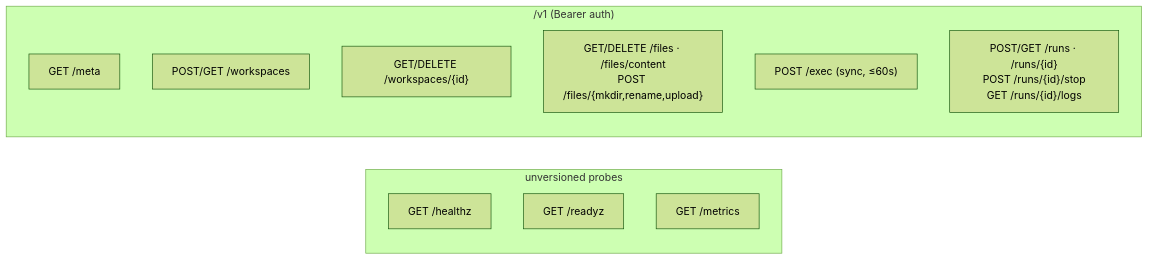
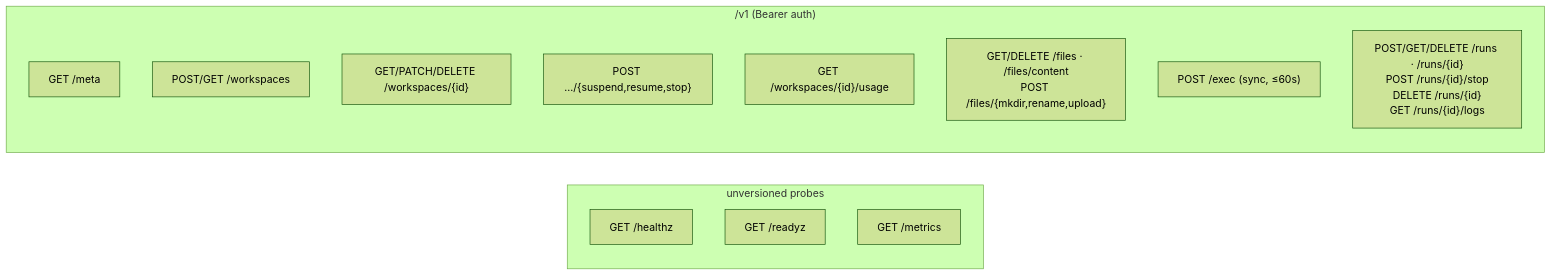
Before and after one commit to M3-mo2/cloud-service: diagram 12 of 14 in docs/ARCHITECTURE.md, drawn with Mermaid (forest theme). The commit also changed other lines of this file and 25 other files, not shown here.

First line of the commit message:
feat(workspaces): runtime-mutable settings, lifecycle, run supervision and usage

````diff
--- a/docs/ARCHITECTURE.md
+++ b/docs/ARCHITECTURE.md
@@ -484,16 +485,18 @@
 ```mermaid
 flowchart LR
     subgraph unversioned["unversioned probes"]
         H["GET /healthz"]
         R["GET /readyz"]
         M["GET /metrics"]
     end
     subgraph v1["/v1 (Bearer auth)"]
         META["GET /meta"]
         WC["POST/GET /workspaces"]
-        W["GET/DELETE /workspaces/{id}"]
+        W["GET/PATCH/DELETE /workspaces/{id}"]
+        LIFECYCLE["POST .../{suspend,resume,stop}"]
+        USAGE["GET /workspaces/{id}/usage"]
         F["GET/DELETE /files · /files/content\nPOST /files/{mkdir,rename,upload}"]
         EX["POST /exec (sync, ≤60s)"]
-        RN["POST/GET /runs · /runs/{id}\nPOST /runs/{id}/stop\nGET /runs/{id}/logs"]
+        RN["POST/GET/DELETE /runs · /runs/{id}\nPOST /runs/{id}/stop\nDELETE /runs/{id}\nGET /runs/{id}/logs"]
     end
 ```
````
